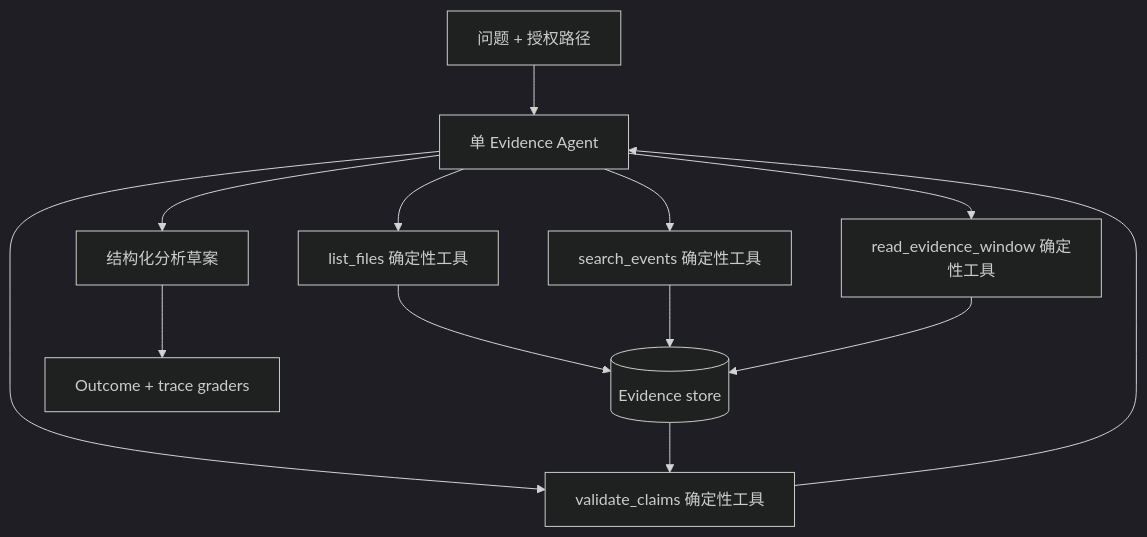
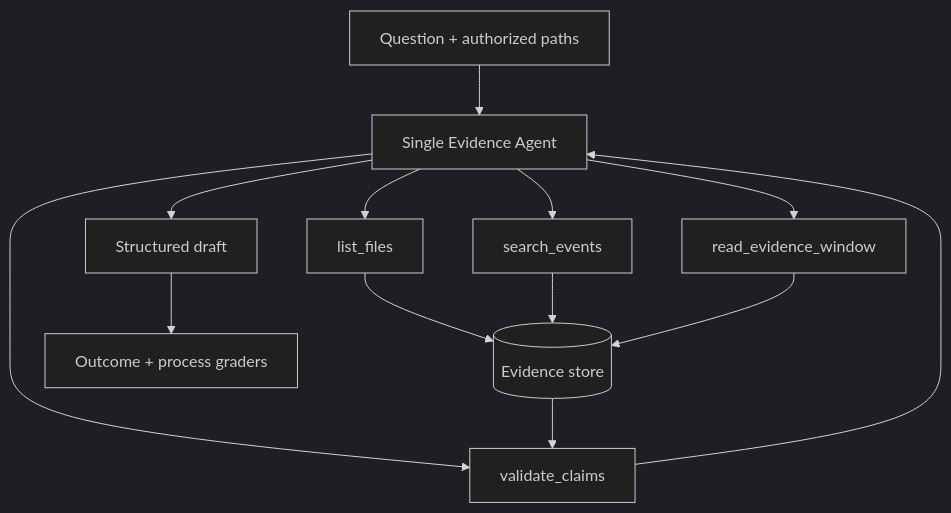
Before and after one commit to Jichao0101/Knowledge-Base: the fourth of 4 diagrams in 02_Projects/AI-Career-Transition/Agent开发系统学习文档.md, drawn with Mermaid (dark theme). The commit also changed other lines of this file, not shown here.

Commit message:
rebuild agent docs

````diff
--- a/02_Projects/AI-Career-Transition/Agent开发系统学习文档.md
+++ b/02_Projects/AI-Career-Transition/Agent开发系统学习文档.md
@@ -1128,15 +590,15 @@
 ```mermaid
 flowchart TB
-    U[问题 + 授权路径] --> A[单 Evidence Agent]
-    A --> L[list_files 确定性工具]
-    A --> S[search_events 确定性工具]
-    A --> R[read_evidence_window 确定性工具]
-    A --> V[validate_claims 确定性工具]
+    U[Question + authorized paths] --> A[Single Evidence Agent]
+    A --> L[list_files]
+    A --> S[search_events]
+    A --> R[read_evidence_window]
+    A --> V[validate_claims]
     L --> ES[(Evidence store)]
     S --> ES
     R --> ES
     ES --> V
     V --> A
-    A --> O[结构化分析草案]
-    O --> G[Outcome + trace graders]
+    A --> O[Structured draft]
+    O --> G[Outcome + process graders]
 ```
````
